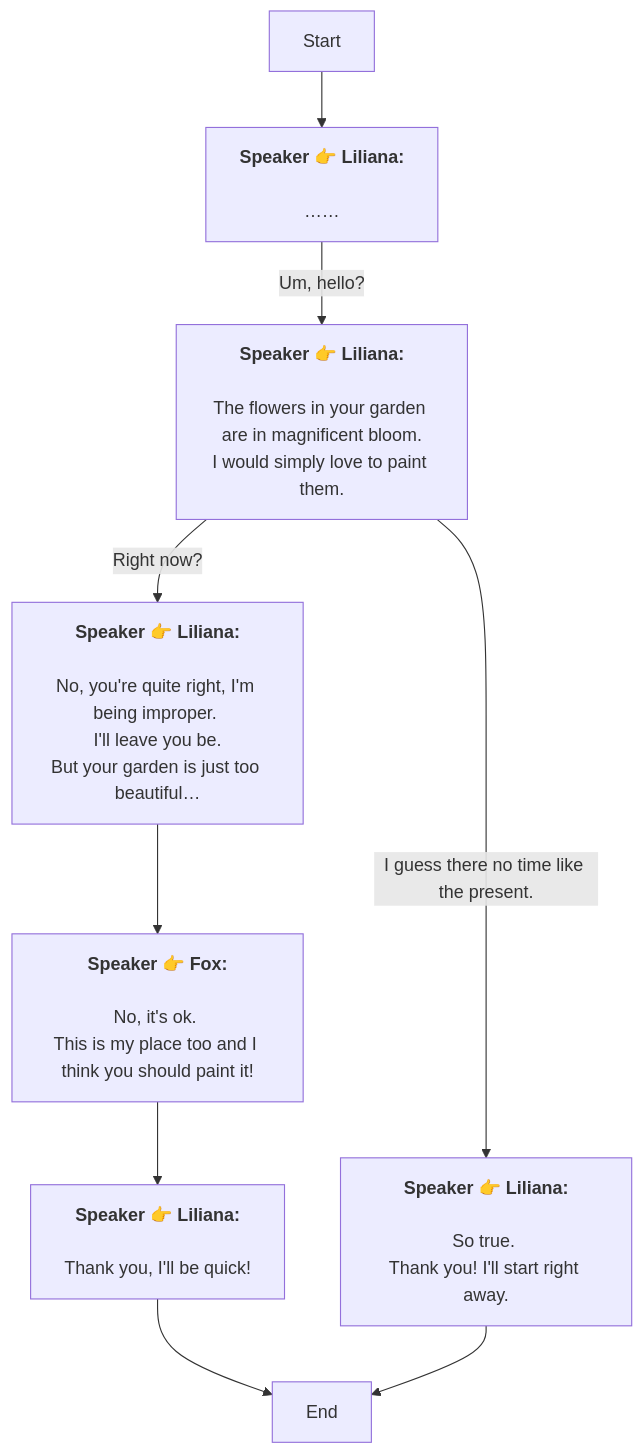
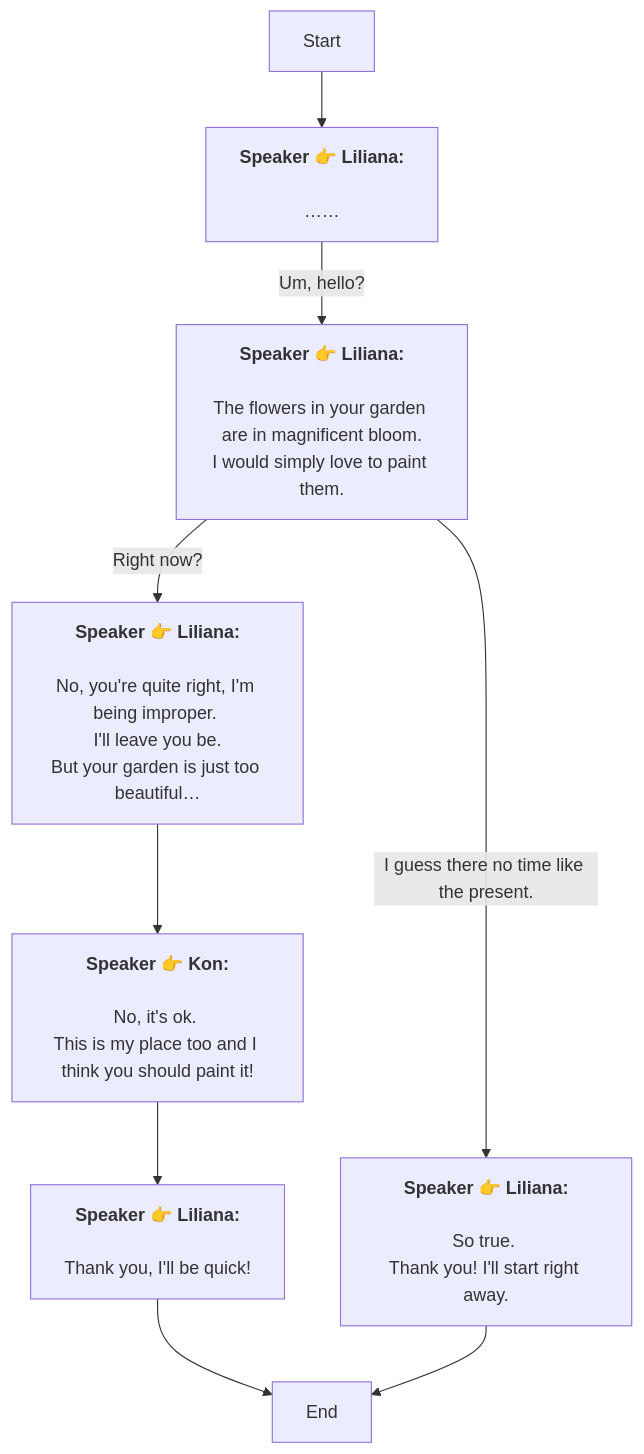
The diagram in En/Dialog_55346996580036.md (SoftHu/tos_avg), drawn with Mermaid before and after one commit. The commit also changed 730 other files, not shown here.

````diff
--- a/En/Dialog_55346996580036.md
+++ b/En/Dialog_55346996580036.md
@@ -1,21 +1,21 @@
 ```mermaid
 graph
 Start -->1771104039739884[<b>Speaker 👉 Liliana:</b>
 \n……]
 1771104039739884 -->|Um, hello?|1771104039741935[<b>Speaker 👉 Liliana:</b>
 \nThe flowers in your garden are in magnificent bloom.\nI would simply love to paint them.]
 1771104039741935 -->|Right now?|1771104039743987[<b>Speaker 👉 Liliana:</b>
 \nNo, you're quite right, I'm being improper. 
 I'll leave you be.\nBut your garden is just too beautiful…]
 1771104039741935 -->|I guess there no time like the present.|1771104039749112[<b>Speaker 👉 Liliana:</b>
 \nSo true. 
 Thank you! I'll start right away.]
-1771104039743987 -->1771104039746036[<b>Speaker 👉 Fox:</b>
+1771104039743987 -->1771104039746036[<b>Speaker 👉 Kon:</b>
 \nNo, it's ok. 
 This is my place too and I think you should paint it!]
 1771104039746036 -->1771104039747061[<b>Speaker 👉 Liliana:</b>
 \nThank you, I'll be quick!]
 1771104039747061 -->1771104039747062[End]
 1771104039749112 -->1771104039747062[End]
 
 ```
````
